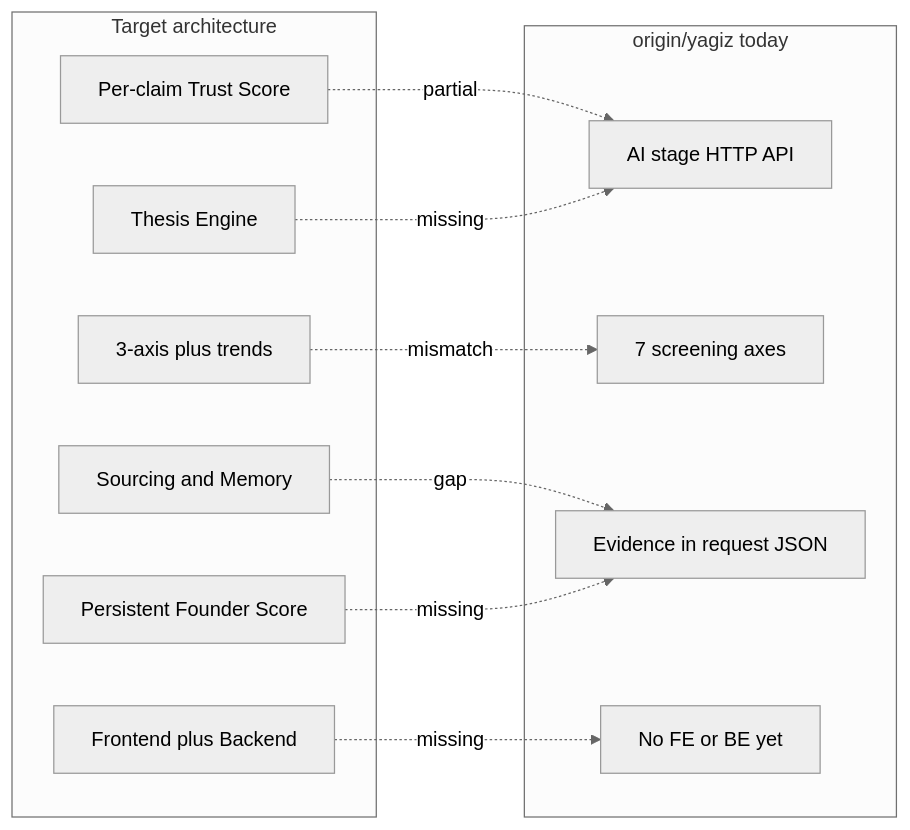
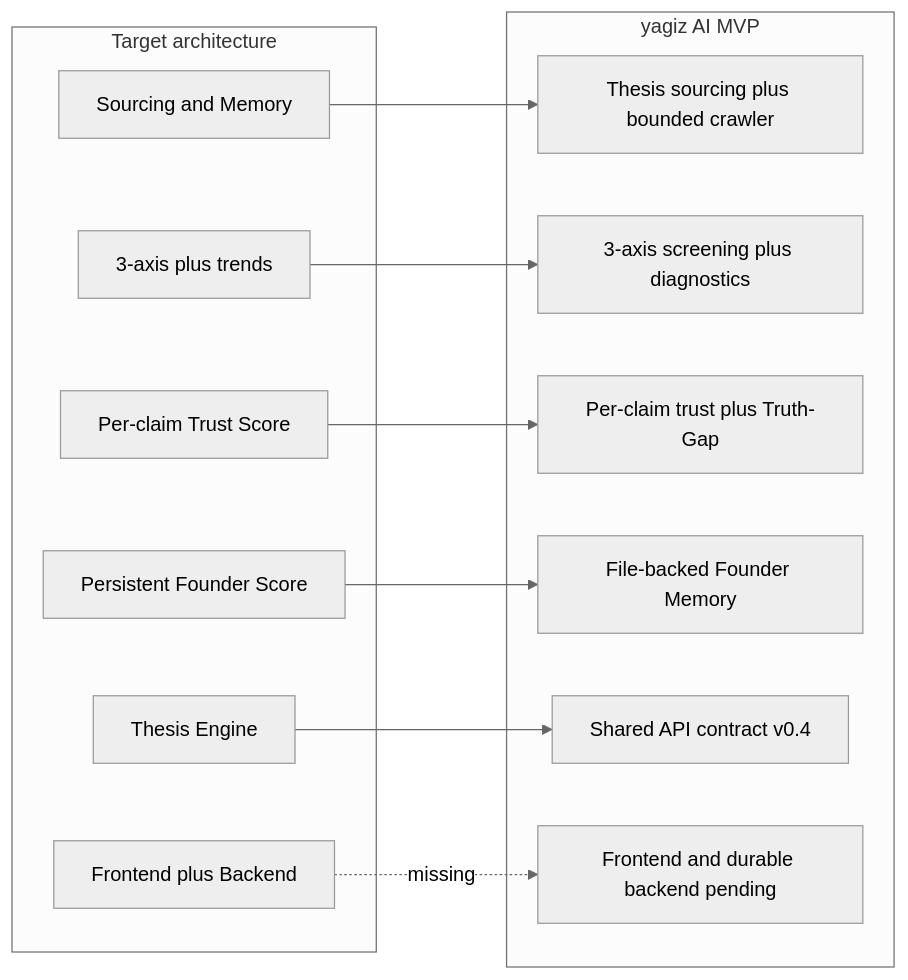
Before and after one commit to YagizSeymen/testtry: the eighth of 8 diagrams in Plan.md, drawn with Mermaid (neutral theme). The commit also changed other lines of this file, not shown here.

Commit message:
Refresh architecture plan status

````diff
--- a/Plan.md
+++ b/Plan.md
@@ -280,23 +280,25 @@
 ```mermaid
 flowchart LR
   subgraph target [Target architecture]
     Src[Sourcing and Memory]
     ThreeAxis[3-axis plus trends]
     Trust[Per-claim Trust Score]
     Thesis[Thesis Engine]
     FounderScore[Persistent Founder Score]
     FEBE[Frontend plus Backend]
   end
-  subgraph today [origin/yagiz today]
-    AIStages[AI stage HTTP API]
-    SevenAxis[7 screening axes]
-    InMem[Evidence in request JSON]
-    NoFE[No FE or BE yet]
+  subgraph today [yagiz AI MVP]
+    SourceMVP[Thesis sourcing plus bounded crawler]
+    ThreeAxisMVP[3-axis screening plus diagnostics]
+    TrustMVP[Per-claim trust plus Truth-Gap]
+    FounderMVP[File-backed Founder Memory]
+    Contract[Shared API contract v0.4]
+    NoFE[Frontend and durable backend pending]
   end
-  Src -.->|gap| InMem
-  ThreeAxis -.->|mismatch| SevenAxis
-  Trust -.->|partial| AIStages
-  Thesis -.->|missing| AIStages
-  FounderScore -.->|missing| InMem
+  Src --> SourceMVP
+  ThreeAxis --> ThreeAxisMVP
+  Trust --> TrustMVP
+  Thesis --> Contract
+  FounderScore --> FounderMVP
   FEBE -.->|missing| NoFE
 ```
````
